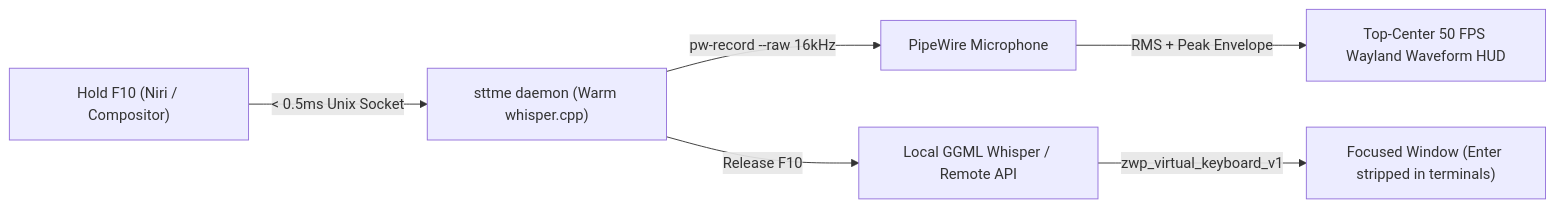
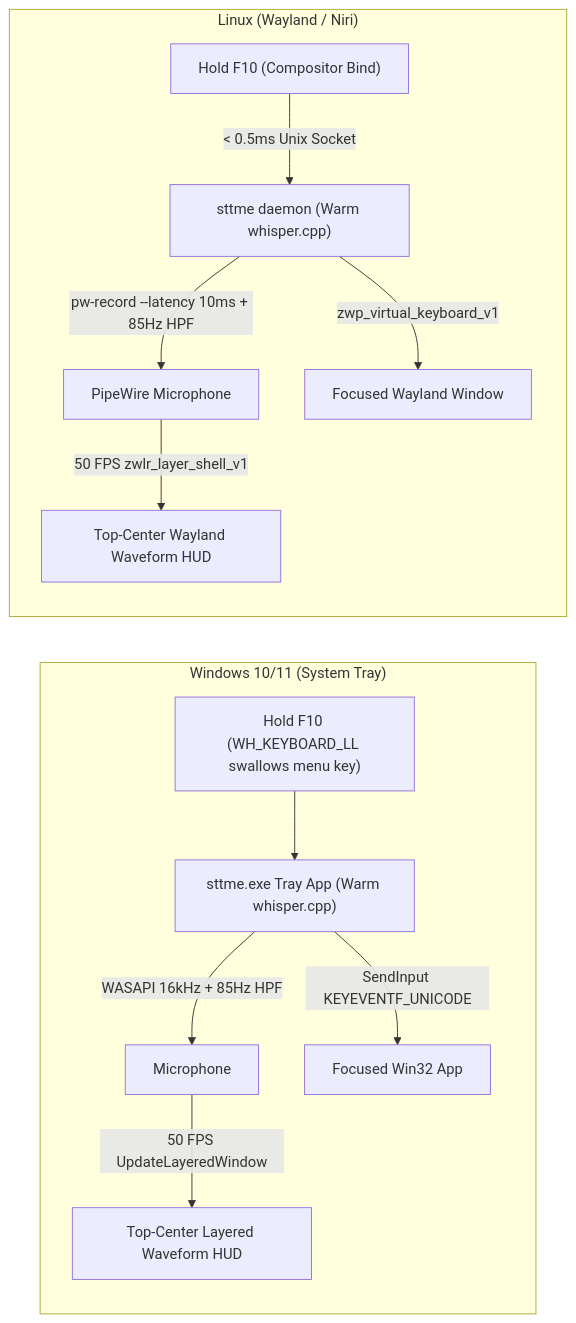
Before and after one commit to maxfridbe/sttme: the diagram in README.md, drawn with Mermaid. The commit also changed other lines of this file and 12 other files, not shown here.

Commit message:
feat(windows): native Win32 system tray app, WH_KEYBOARD_LL hook, and layered waveform HUD (v26.1029.01)

````diff
--- a/README.md
+++ b/README.md
@@ -32,8 +120,16 @@
 ```mermaid
 flowchart LR
-    Key["Hold F10 (Niri / Compositor)"] -->|"< 0.5ms Unix Socket"| Daemon["sttme daemon (Warm whisper.cpp)"]
-    Daemon -->|"pw-record --raw 16kHz"| Mic["PipeWire Microphone"]
-    Mic -->|"RMS + Peak Envelope"| HUD["Top-Center 50 FPS Wayland Waveform HUD"]
-    Daemon -->|"Release F10"| Whisper["Local GGML Whisper / Remote API"]
-    Whisper -->|"zwp_virtual_keyboard_v1"| App["Focused Window (Enter stripped in terminals)"]
+    subgraph Windows["Windows 10/11 (System Tray)"]
+        WHook["Hold F10 (WH_KEYBOARD_LL swallows menu key)"] --> WTray["sttme.exe Tray App (Warm whisper.cpp)"]
+        WTray -->|"WASAPI 16kHz + 85Hz HPF"| WMic["Microphone"]
+        WMic -->|"50 FPS UpdateLayeredWindow"| WHud["Top-Center Layered Waveform HUD"]
+        WTray -->|"SendInput KEYEVENTF_UNICODE"| WApp["Focused Win32 App"]
+    end
+
+    subgraph Linux["Linux (Wayland / Niri)"]
+        LKey["Hold F10 (Compositor Bind)"] -->|"< 0.5ms Unix Socket"| LDaemon["sttme daemon (Warm whisper.cpp)"]
+        LDaemon -->|"pw-record --latency 10ms + 85Hz HPF"| LMic["PipeWire Microphone"]
+        LMic -->|"50 FPS zwlr_layer_shell_v1"| LHud["Top-Center Wayland Waveform HUD"]
+        LDaemon -->|"zwp_virtual_keyboard_v1"| LApp["Focused Wayland Window"]
+    end
 ```
````
